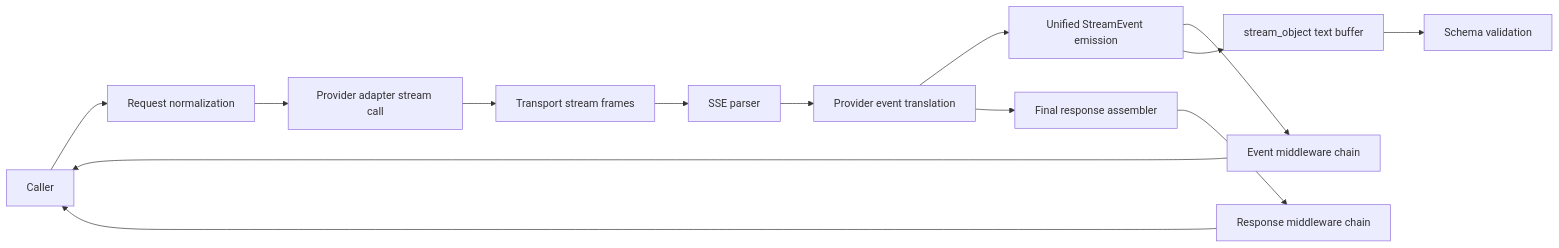
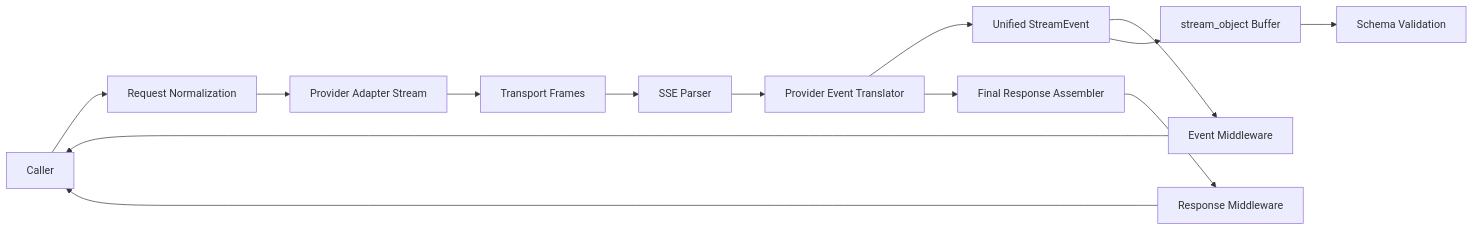
The fourth of 5 diagrams in docs/sprints/SPRINT-005-comprehensive-implementation-plan.md (jaytaylor/attractor-tcl), drawn with Mermaid before and after one commit. The commit also changed other lines of this file, not shown here.

````diff
--- a/docs/sprints/SPRINT-005-comprehensive-implementation-plan.md
+++ b/docs/sprints/SPRINT-005-comprehensive-implementation-plan.md
@@ -722,16 +502,16 @@
 ```mermaid
 flowchart LR
-  U[Caller] --> R[Request normalization]
-  R --> P[Provider adapter stream call]
-  P --> T[Transport stream frames]
-  T --> S[SSE parser]
-  S --> X[Provider event translation]
-  X --> E[Unified StreamEvent emission]
-  E --> M[Event middleware chain]
+  U[Caller] --> N[Request Normalization]
+  N --> P[Provider Adapter Stream]
+  P --> T[Transport Frames]
+  T --> S[SSE Parser]
+  S --> X[Provider Event Translator]
+  X --> E[Unified StreamEvent]
+  E --> M[Event Middleware]
   M --> U
-  X --> A[Final response assembler]
-  A --> Y[Response middleware chain]
-  Y --> U
-  E --> O[stream_object text buffer]
-  O --> Z[Schema validation]
+  X --> A[Final Response Assembler]
+  A --> R[Response Middleware]
+  R --> U
+  E --> O[stream_object Buffer]
+  O --> V[Schema Validation]
 ```
````
